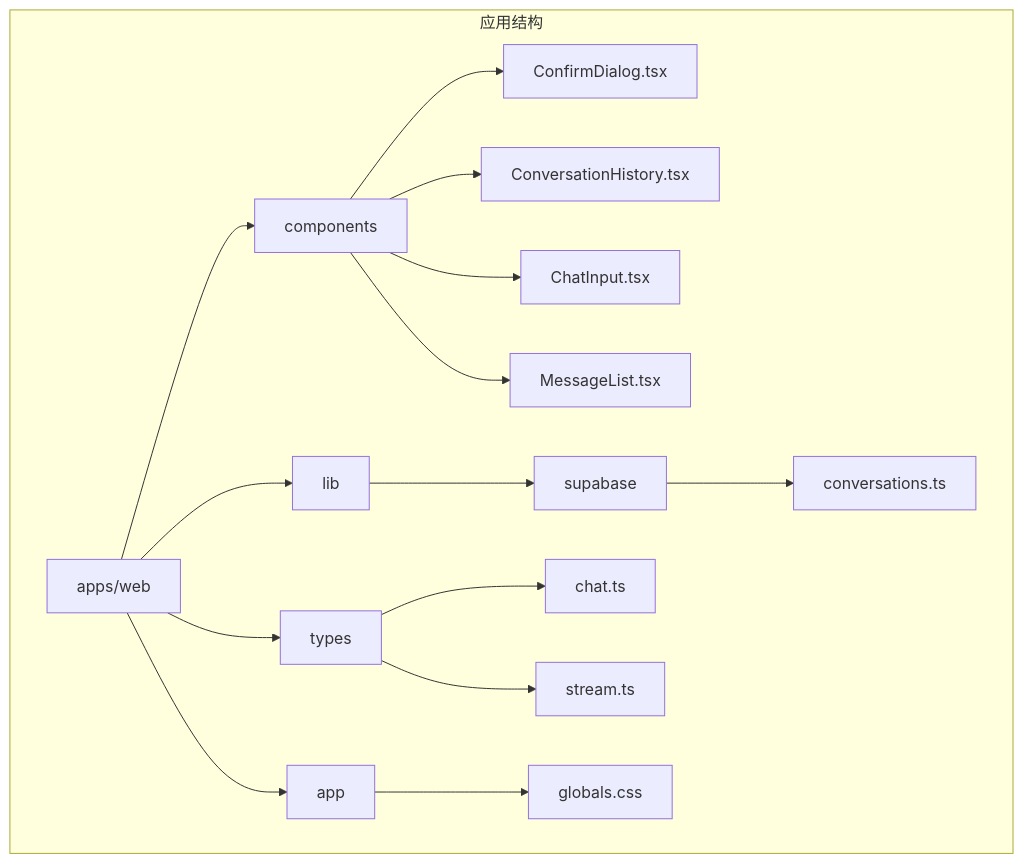
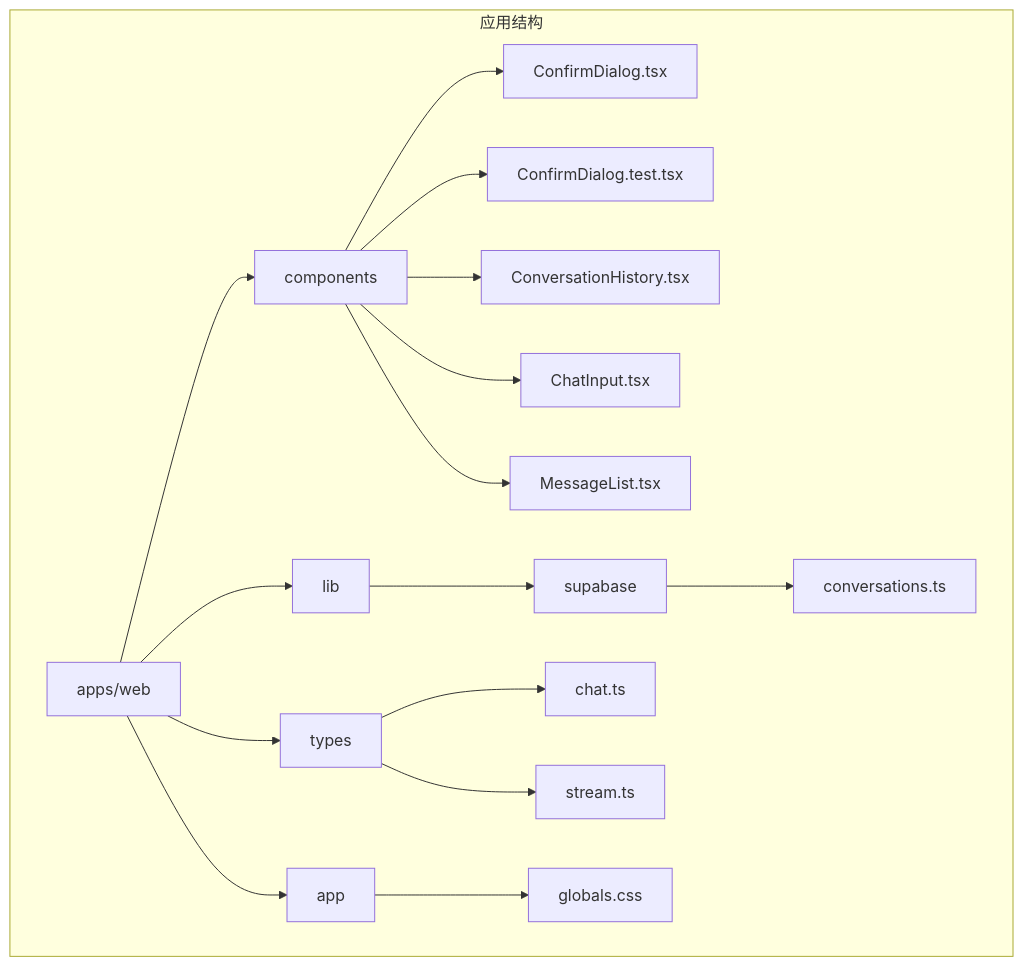
Before and after one commit to CryptoLinxu/Web3-AI-Agent: the first of 5 diagrams in .qoder/repowiki/zh/content/项目概述/整体架构概览/Web应用程序/确认对话框组件.md, drawn with Mermaid. The commit also changed other lines of this file and 8 other files, not shown here.

````diff
--- a/.qoder/repowiki/zh/content/项目概述/整体架构概览/Web应用程序/确认对话框组件.md
+++ b/.qoder/repowiki/zh/content/项目概述/整体架构概览/Web应用程序/确认对话框组件.md
@@ -44,18 +46,19 @@
 ```mermaid
 graph TB
 subgraph "应用结构"
 A[apps/web] --> B[components]
 B --> C[ConfirmDialog.tsx]
-B --> D[ConversationHistory.tsx]
-B --> E[ChatInput.tsx]
-B --> F[MessageList.tsx]
-A --> G[lib]
-G --> H[supabase]
-H --> I[conversations.ts]
-A --> J[types]
-J --> K[chat.ts]
-J --> L[stream.ts]
-A --> M[app]
-M --> N[globals.css]
+B --> D[ConfirmDialog.test.tsx]
+B --> E[ConversationHistory.tsx]
+B --> F[ChatInput.tsx]
+B --> G[MessageList.tsx]
+A --> H[lib]
+H --> I[supabase]
+I --> J[conversations.ts]
+A --> K[types]
+K --> L[chat.ts]
+K --> M[stream.ts]
+A --> N[app]
+N --> O[globals.css]
 end
 ```
````
